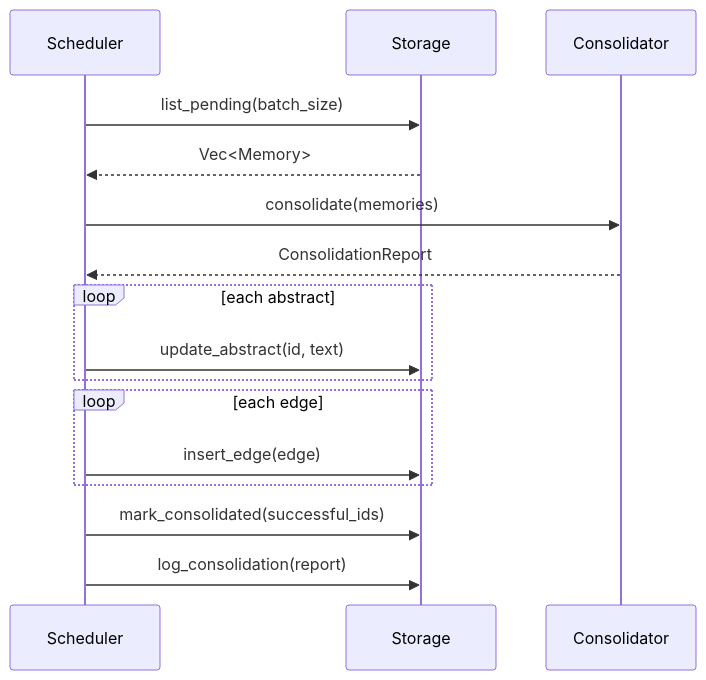
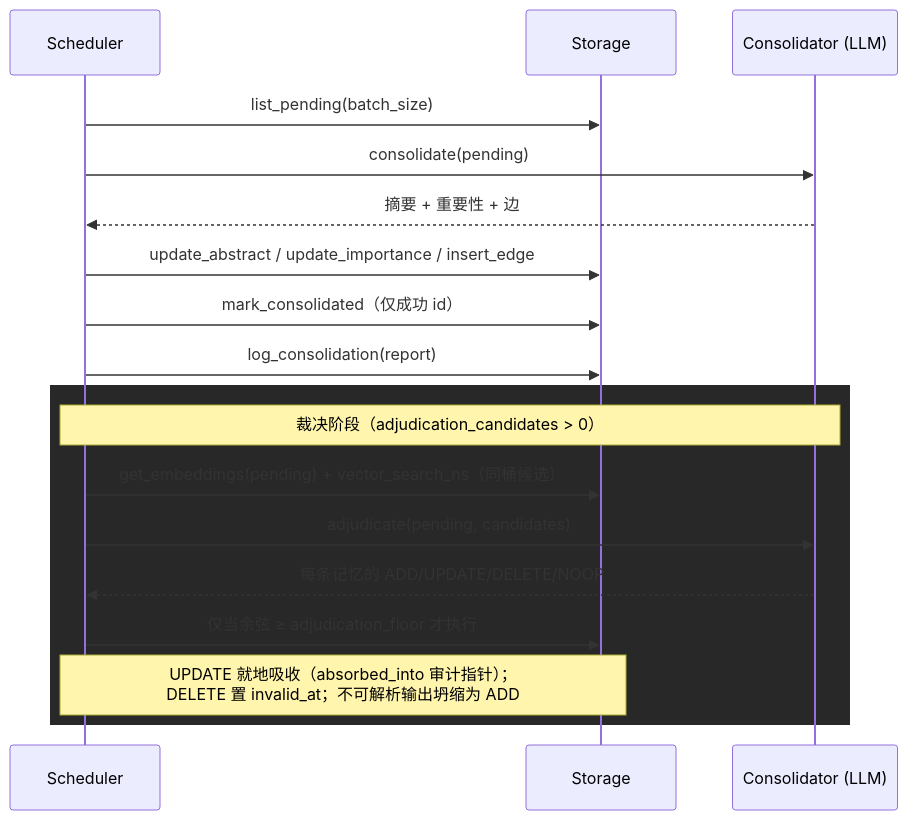
Before and after one commit to TtTRz/MerkurDB: the fourth of 4 diagrams in docs/ARCHITECTURE_CN.md, drawn with Mermaid. The commit also changed other lines of this file and 12 other files, not shown here.

````diff
--- a/docs/ARCHITECTURE_CN.md
+++ b/docs/ARCHITECTURE_CN.md
@@ -194,19 +135,21 @@
 ```mermaid
 sequenceDiagram
     participant S as Scheduler
-    participant DB as Storage
-    participant LLM as Consolidator
+    participant D as Storage
+    participant L as Consolidator (LLM)
 
-    S->>DB: list_pending(batch_size)
-    DB-->>S: Vec<Memory>
-    S->>LLM: consolidate(memories)
-    LLM-->>S: ConsolidationReport
-    loop each abstract
-        S->>DB: update_abstract(id, text)
+    S->>D: list_pending(batch_size)
+    S->>L: consolidate(pending)
+    L-->>S: 摘要 + 重要性 + 边
+    S->>D: update_abstract / update_importance / insert_edge
+    S->>D: mark_consolidated（仅成功 id）
+    S->>D: log_consolidation(report)
+    rect rgb(40, 40, 40)
+        Note over S,L: 裁决阶段（adjudication_candidates > 0）
+        S->>D: get_embeddings(pending) + vector_search_ns（同桶候选）
+        S->>L: adjudicate(pending, candidates)
+        L-->>S: 每条记忆的 ADD/UPDATE/DELETE/NOOP
+        S->>D: 仅当余弦 ≥ adjudication_floor 才执行
+        Note over S,D: UPDATE 就地吸收（absorbed_into 审计指针）；<br/>DELETE 置 invalid_at；不可解析输出坍缩为 ADD
     end
-    loop each edge
-        S->>DB: insert_edge(edge)
-    end
-    S->>DB: mark_consolidated(successful_ids)
-    S->>DB: log_consolidation(report)
 ```
````
